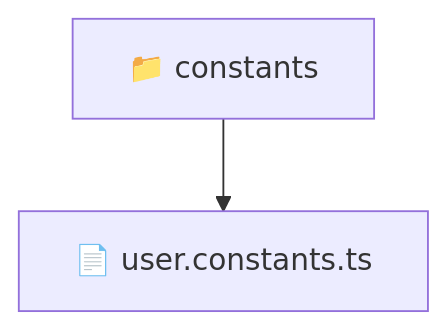
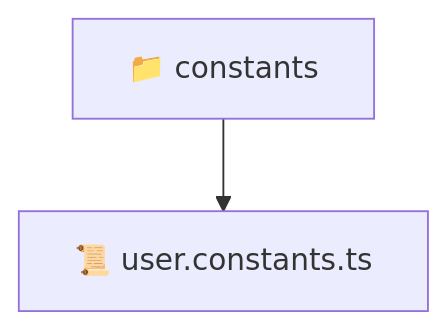
Before and after one commit to beginwebdev2002/fullstack-mavluda: the diagram in frontend/src/entities/user/constants/README.md, drawn with Mermaid. The commit also changed other lines of this file and 163 other files, not shown here.

````diff
--- a/frontend/src/entities/user/constants/README.md
+++ b/frontend/src/entities/user/constants/README.md
@@ -11,5 +11,5 @@
 ```mermaid
 graph TD
-  Root["📁 constants"]
-  Root --> user_constants_ts["📄 user.constants.ts"]
+  constants["📁 constants"]
+  constants --> user_constants_ts["📜 user.constants.ts"]
 ```
````
